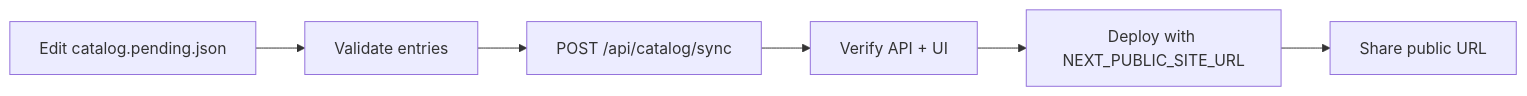
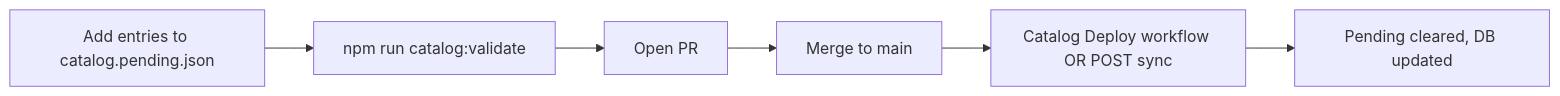
One commit to nuthanm/aidevreference changed the fourth of 6 diagrams in README.md. Above: the diagram before and after it, drawn with Mermaid. The commit also changed other lines of this file and 2 other files, not shown here.

First line of the commit message:
Document when to run each catalog script and workflow scenario

````diff
--- a/README.md
+++ b/README.md
@@ -79,8 +156,8 @@
 ```mermaid
 flowchart LR
-  A["Edit catalog.pending.json"] --> B["Validate entries"]
-  B --> C["POST /api/catalog/sync"]
-  C --> D["Verify API + UI"]
-  D --> E["Deploy with NEXT_PUBLIC_SITE_URL"]
-  E --> F["Share public URL"]
+  A["Add entries to catalog.pending.json"] --> B["npm run catalog:validate"]
+  B --> C["Open PR"]
+  C --> D["Merge to main"]
+  D --> E["Catalog Deploy workflow OR POST sync"]
+  E --> F["Pending cleared, DB updated"]
 ```
````
